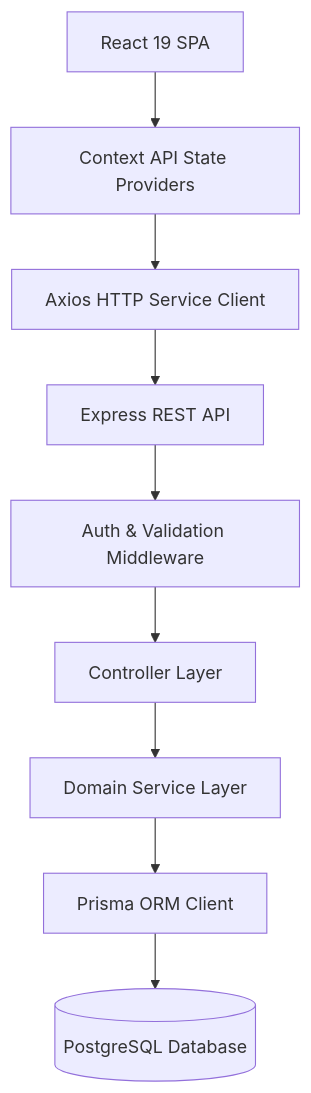
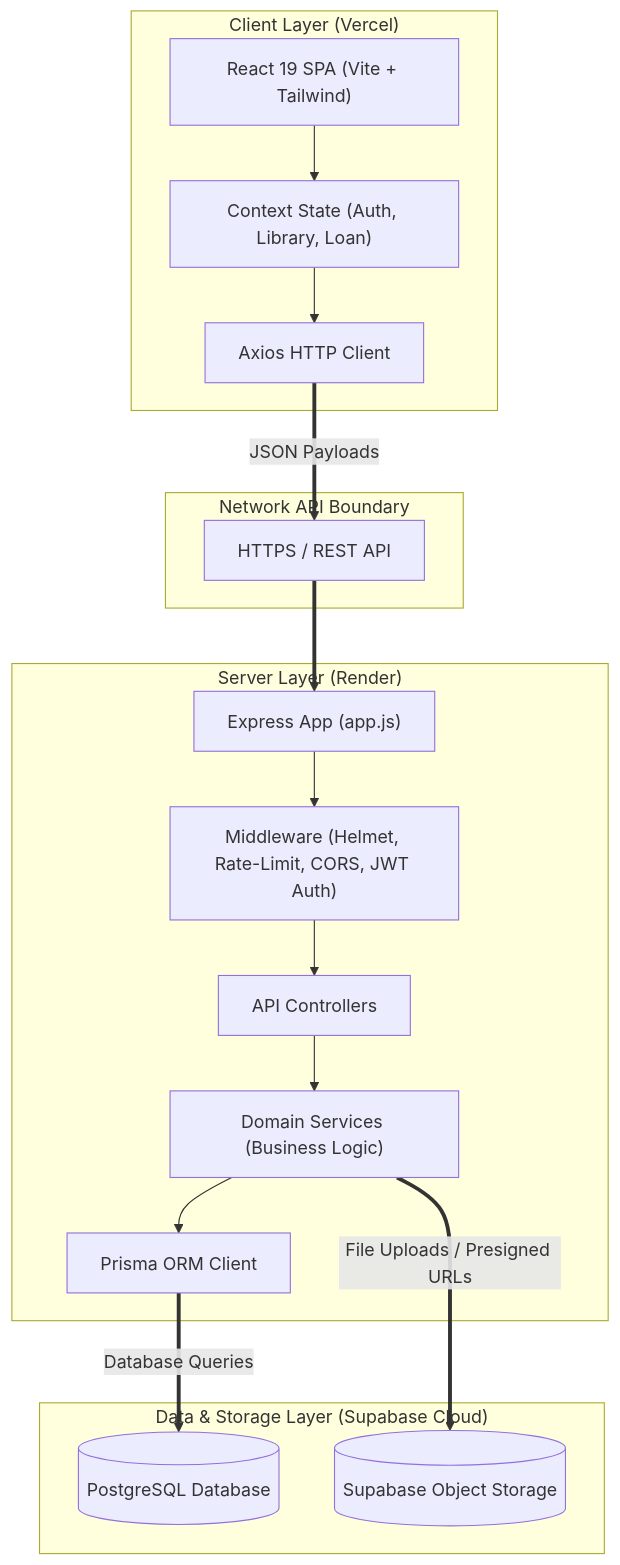
The diagram in README.md (Aaditgupta1234/AVELIS), drawn with Mermaid before and after one commit. The commit also changed other lines of this file, not shown here.

````diff
--- a/README.md
+++ b/README.md
@@ -140,11 +197,37 @@
 ```mermaid
-graph TD
-    UI[React 19 SPA] --> Context[Context API State Providers]
-    Context --> HTTP[Axios HTTP Service Client]
-    HTTP --> Express[Express REST API]
-    Express --> Middleware[Auth & Validation Middleware]
-    Middleware --> Controller[Controller Layer]
-    Controller --> Service[Domain Service Layer]
-    Service --> Prisma[Prisma ORM Client]
-    Prisma --> DB[(PostgreSQL Database)]
+flowchart TD
+    subgraph Client ["Client Layer (Vercel)"]
+        UI["React 19 SPA (Vite + Tailwind)"]
+        Context["Context State (Auth, Library, Loan)"]
+        AxiosClient["Axios HTTP Client"]
+        UI --> Context
+        Context --> AxiosClient
+    end
+
+    subgraph Network ["Network API Boundary"]
+        HTTPS["HTTPS / REST API"]
+        AxiosClient ==>|JSON Payloads| HTTPS
+    end
+
+    subgraph Server ["Server Layer (Render)"]
+        Express["Express App (app.js)"]
+        Security["Middleware (Helmet, Rate-Limit, CORS, JWT Auth)"]
+        Controllers["API Controllers"]
+        Services["Domain Services (Business Logic)"]
+        Prisma["Prisma ORM Client"]
+
+        HTTPS ==> Express
+        Express --> Security
+        Security --> Controllers
+        Controllers --> Services
+        Services --> Prisma
+    end
+
+    subgraph Data ["Data & Storage Layer (Supabase Cloud)"]
+        Postgres[(PostgreSQL Database)]
+        Storage[(Supabase Object Storage)]
+
+        Prisma ==>|Database Queries| Postgres
+        Services ==>|File Uploads / Presigned URLs| Storage
+    end
 ```
````
